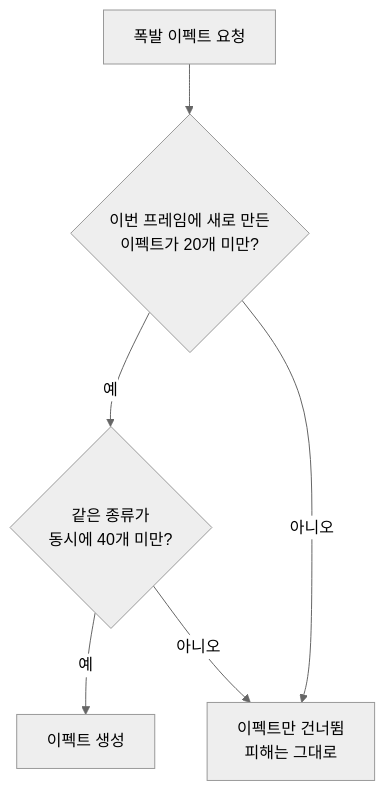
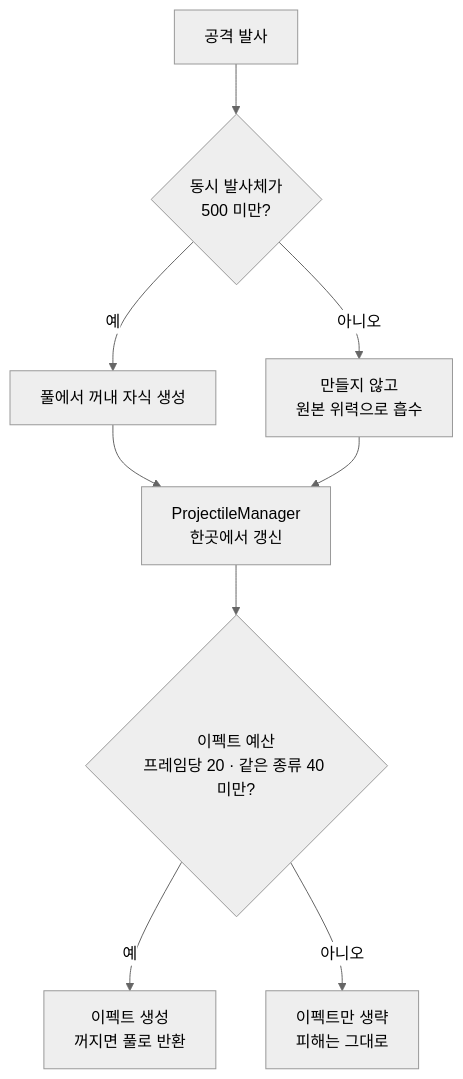
One commit to SaGiKun4/portfolio-SaGiKun4 changed the eighth of 13 diagrams in src/03-MagiCard/프로젝트문서.md. Above: the diagram before and after it, drawn with Mermaid (neutral theme). The commit also changed other lines of this file and 89 other files, not shown here.

````diff
--- a/src/03-MagiCard/프로젝트문서.md
+++ b/src/03-MagiCard/프로젝트문서.md
@@ -495,8 +435,11 @@
 ```mermaid
-flowchart TB
-    R["폭발 이펙트 요청"] --> Q1{"이번 프레임에 새로 만든<br/>이펙트가 20개 미만?"}
-    Q1 -->|"예"| Q2{"같은 종류가<br/>동시에 40개 미만?"}
-    Q1 -->|"아니오"| SKIP["이펙트만 건너뜀<br/>피해는 그대로"]
-    Q2 -->|"예"| MAKE["이펙트 생성"]
-    Q2 -->|"아니오"| SKIP
+flowchart TD
+    A["공격 발사"] --> B{"동시 발사체가<br/>500 미만?"}
+    B -->|"예"| C["풀에서 꺼내 자식 생성"]
+    B -->|"아니오"| D["만들지 않고<br/>원본 위력으로 흡수"]
+    C --> E["ProjectileManager<br/>한곳에서 갱신"]
+    D --> E
+    E --> F{"이펙트 예산<br/>프레임당 20 · 같은 종류 40 미만?"}
+    F -->|"예"| G["이펙트 생성<br/>꺼지면 풀로 반환"]
+    F -->|"아니오"| H["이펙트만 생략<br/>피해는 그대로"]
 ```
````
